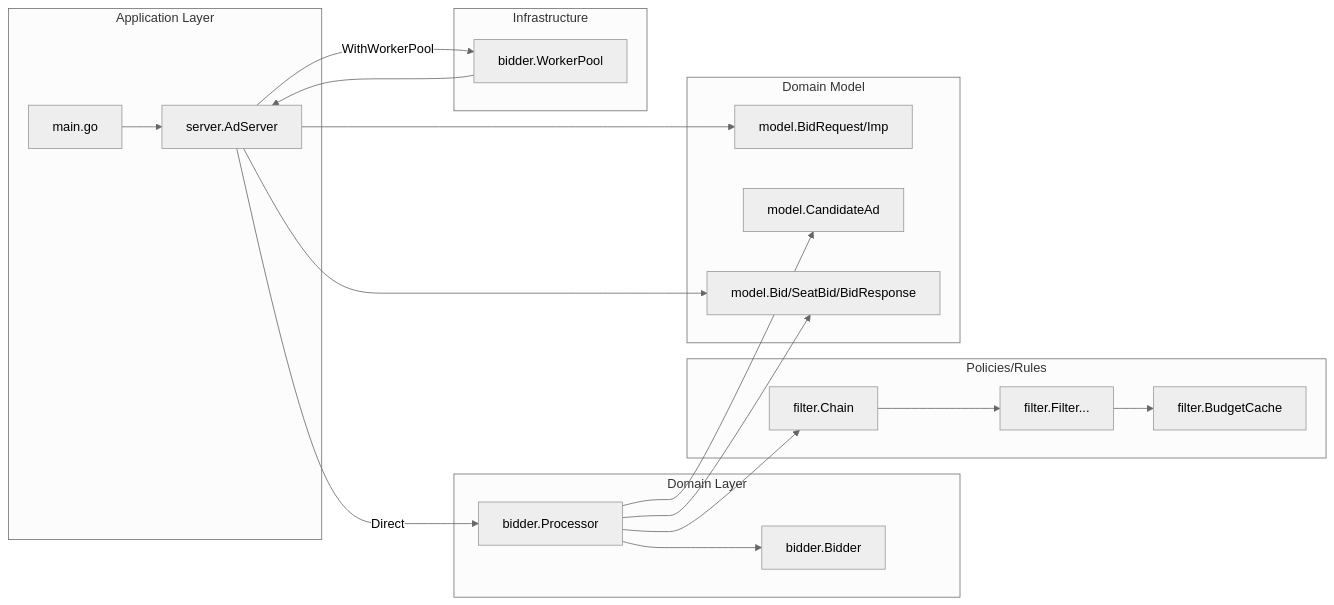
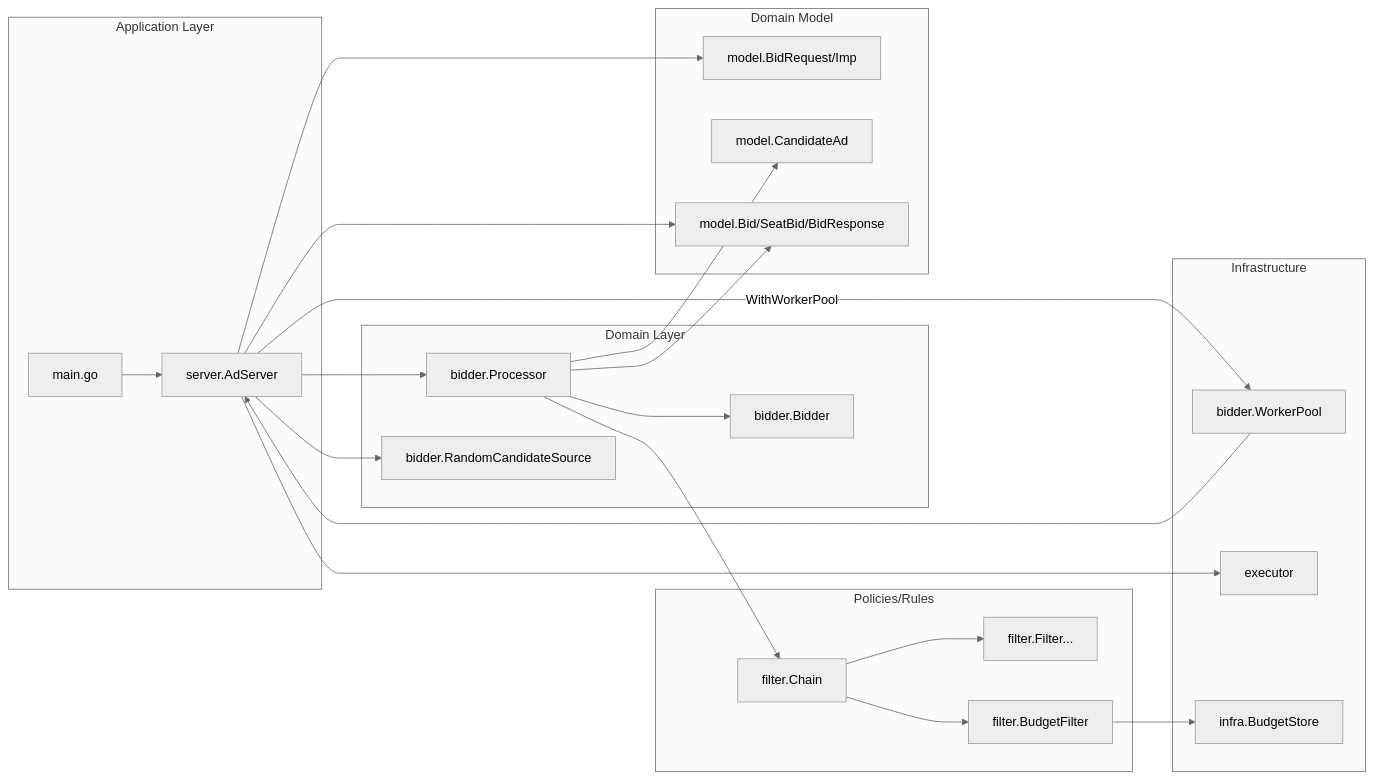
One commit to songfei1983/adreq changed the diagram in docs/architecture.en.md. Above: the diagram before and after it, drawn with Mermaid (neutral theme). The commit also changed other lines of this file and 23 other files, not shown here.

````diff
--- a/docs/architecture.en.md
+++ b/docs/architecture.en.md
@@ -12,41 +12,47 @@
 ```mermaid
 flowchart LR
   subgraph app[Application Layer]
     main[main.go]
     srv[server.AdServer]
   end
 
   subgraph domain[Domain Layer]
     proc[bidder.Processor]
+    source[bidder.RandomCandidateSource]
     bid[bidder.Bidder]
   end
 
   subgraph policy[Policies/Rules]
     chain[filter.Chain]
     f1[filter.Filter...]
-    cache[filter.BudgetCache]
+    bf[filter.BudgetFilter]
   end
 
   subgraph infra[Infrastructure]
     pool[bidder.WorkerPool]
+    exec[executor]
+    budget[infra.BudgetStore]
   end
 
   subgraph model[Domain Model]
     req[model.BidRequest/Imp]
     cand[model.CandidateAd]
     br[model.Bid/SeatBid/BidResponse]
   end
 
   main --> srv
   srv --> req
-  srv -->|Direct| proc
+  srv --> exec
+  srv --> source
+  srv --> proc
   srv -->|WithWorkerPool| pool
   pool --> srv
   proc --> chain
   proc --> bid
   proc --> cand
   chain --> f1
-  f1 --> cache
+  chain --> bf
+  bf --> budget
   proc --> br
   srv --> br
 ```
````
